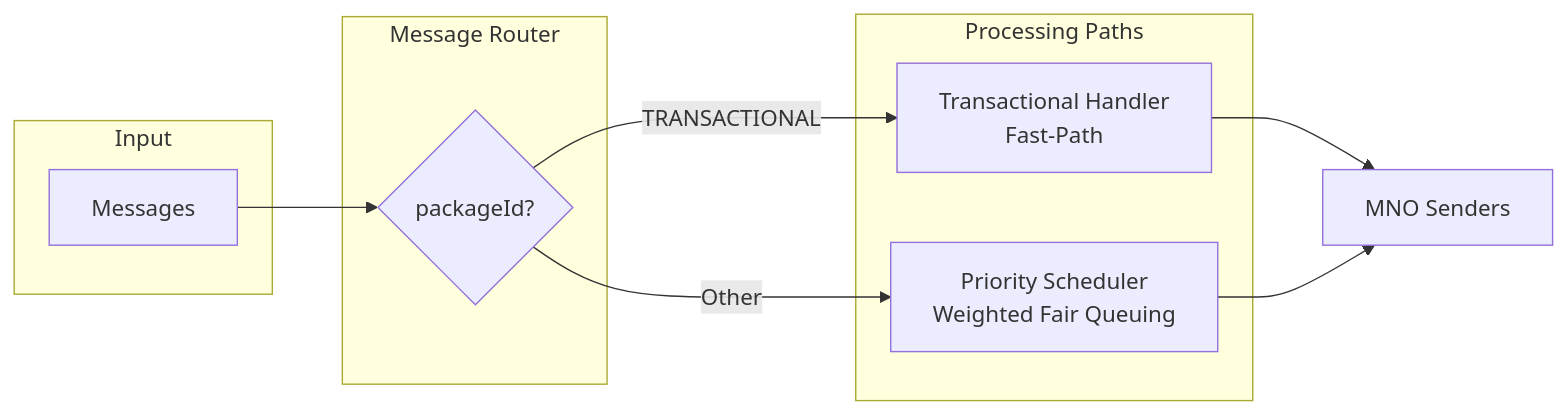
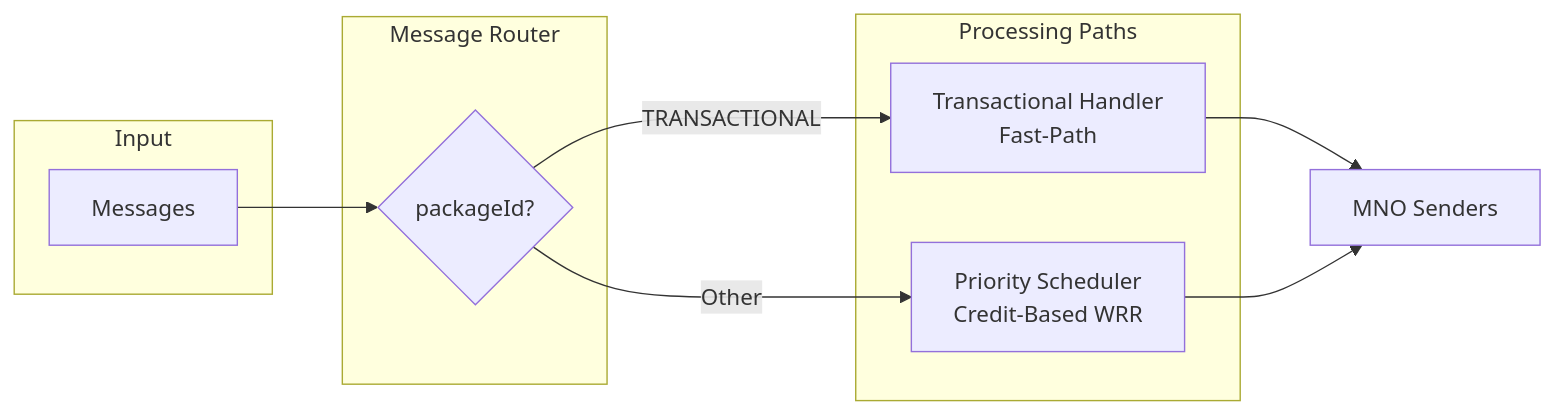
The tenth of 11 diagrams in docs/usage.md (ElMonstro/sms-mno-gateway), drawn with Mermaid before and after one commit. The commit also changed other lines of this file and 3 other files, not shown here.

````diff
--- a/docs/usage.md
+++ b/docs/usage.md
@@ -365,22 +365,22 @@
 ```mermaid
 flowchart LR
     subgraph "Input"
         MSG[Messages]
     end
 
     subgraph "Message Router"
         CHECK{packageId?}
     end
 
     subgraph "Processing Paths"
         TX[Transactional Handler<br/>Fast-Path]
-        WFQ[Priority Scheduler<br/>Weighted Fair Queuing]
+        WRR[Priority Scheduler<br/>Credit-Based WRR]
     end
 
     MSG --> CHECK
     CHECK -->|TRANSACTIONAL| TX
-    CHECK -->|Other| WFQ
+    CHECK -->|Other| WRR
 
     TX --> MNO[MNO Senders]
-    WFQ --> MNO
+    WRR --> MNO
 ```
````
